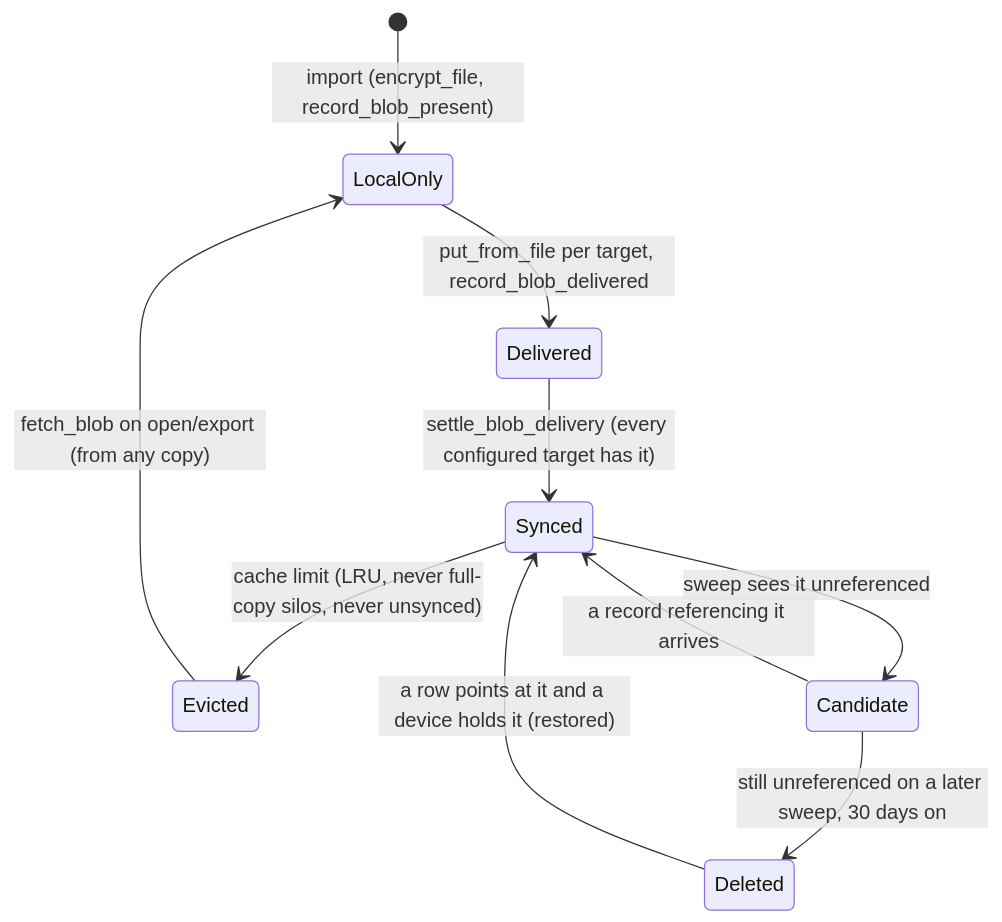
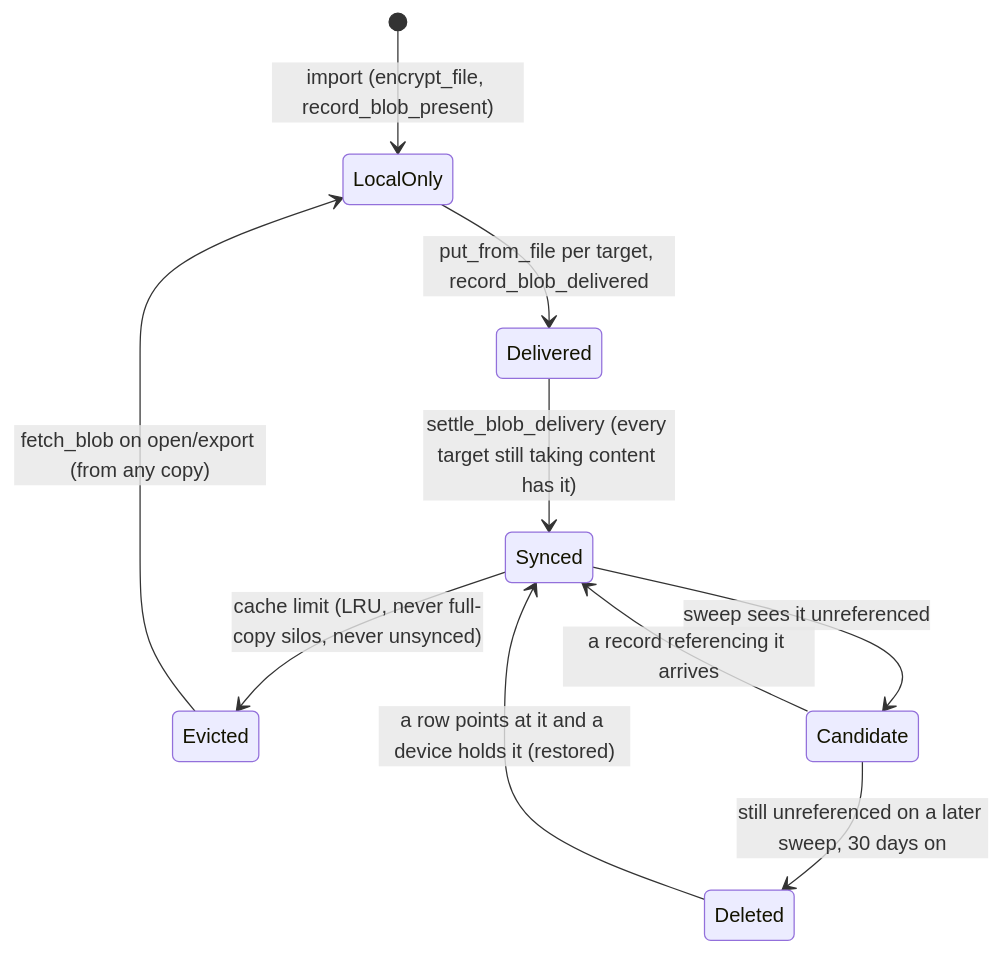
The fourth of 4 diagrams in docs/ARCHITECTURE.md (silentsilo/core), drawn with Mermaid before and after one commit. The commit also changed other lines of this file and 13 other files, not shown here.

````diff
--- a/docs/ARCHITECTURE.md
+++ b/docs/ARCHITECTURE.md
@@ -494,12 +501,12 @@
 ```mermaid
 stateDiagram-v2
     [*] --> LocalOnly: import (encrypt_file, record_blob_present)
     LocalOnly --> Delivered: put_from_file per target, record_blob_delivered
-    Delivered --> Synced: settle_blob_delivery (every configured target has it)
+    Delivered --> Synced: settle_blob_delivery (every target still taking content has it)
     Synced --> Evicted: cache limit (LRU, never full-copy silos, never unsynced)
     Evicted --> LocalOnly: fetch_blob on open/export (from any copy)
     Synced --> Candidate: sweep sees it unreferenced
     Candidate --> Deleted: still unreferenced on a later sweep, 30 days on
     Candidate --> Synced: a record referencing it arrives
     Deleted --> Synced: a row points at it and a device holds it (restored)
 ```
````
